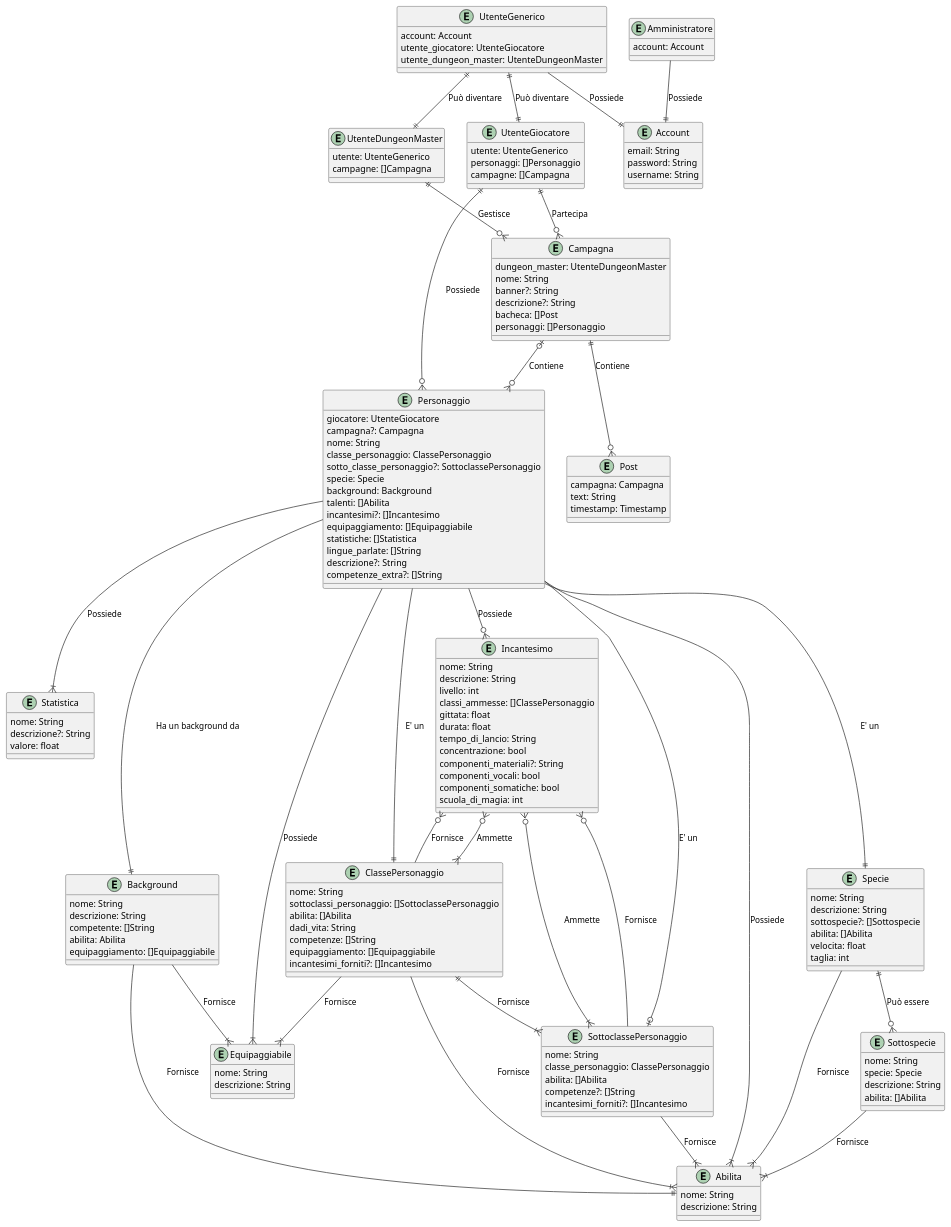
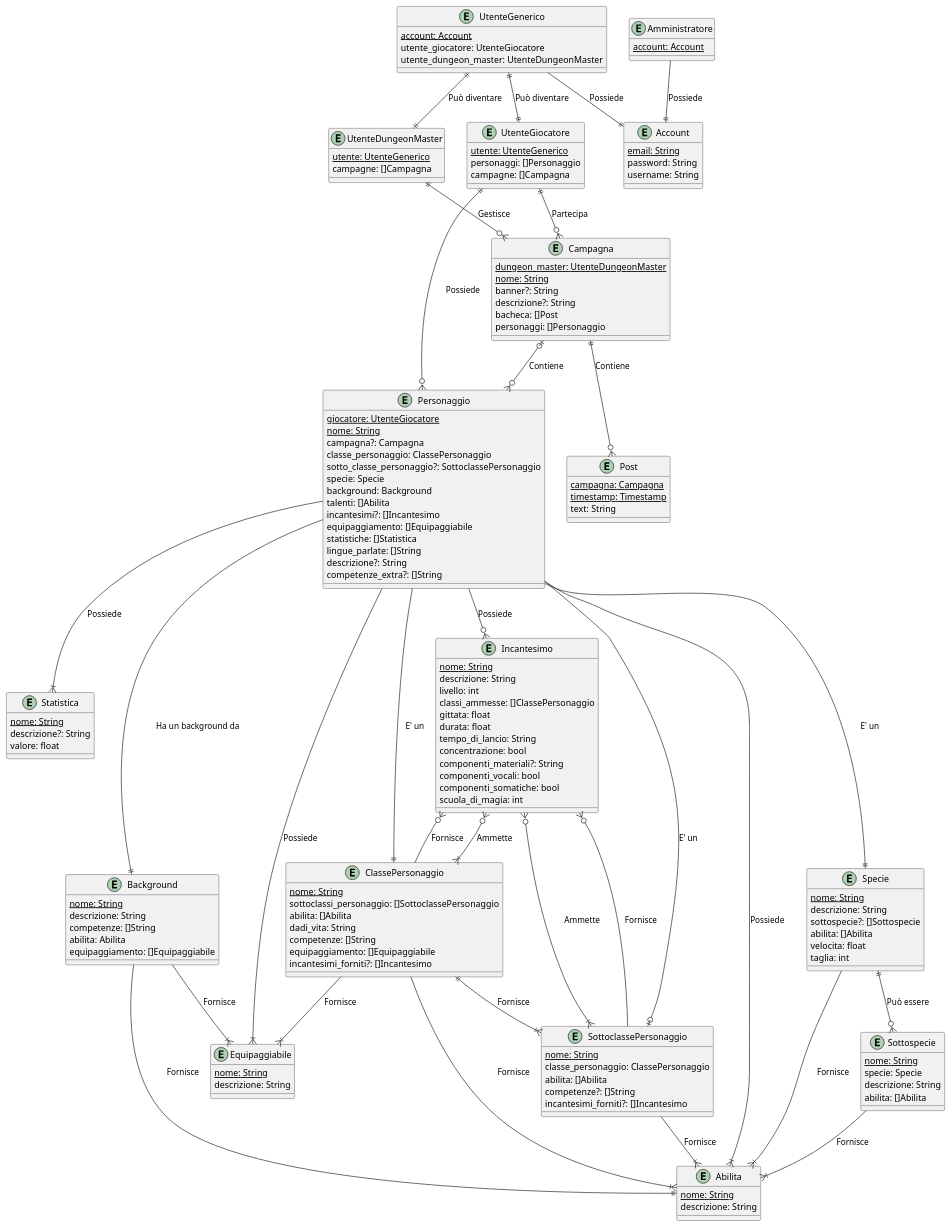
The diagram in entity-relationship-scheme.puml (frax2004/progetto-sweb), drawn with PlantUML before and after one commit. The commit also changed 1 other file, not shown here.

```diff
--- a/entity-relationship-scheme.puml
+++ b/entity-relationship-scheme.puml
@@ -1,192 +1,190 @@
 @startuml diagram
 
 
 entity Amministratore {
-  account: Account
+  {static} account: Account
 }
 
-
-
 entity UtenteGenerico {
-  account: Account
+  {static} account: Account
   utente_giocatore: UtenteGiocatore
   utente_dungeon_master: UtenteDungeonMaster
 }
 
 entity UtenteGiocatore {
-  utente: UtenteGenerico
+  {static} utente: UtenteGenerico
   ' riferito ad ID
   personaggi: []Personaggio 
   ' riferito ad ID
   campagne: []Campagna 
 }
 
 entity UtenteDungeonMaster {
-  utente: UtenteGenerico
+  {static} utente: UtenteGenerico
   ' riferito ad ID
   campagne: []Campagna 
 }
 
 
 entity Account {
-  email: String
+  {static} email: String
   password: String
   username: String
 }
 
 ' i personaggi si differenziano anche in base al giocatore proprietario
 entity Personaggio {
   ' riferimento
-  giocatore: UtenteGiocatore 
+  {static} giocatore: UtenteGiocatore 
+  {static} nome: String 
   campagna?: Campagna
-  nome: String 
   classe_personaggio: ClassePersonaggio
   sotto_classe_personaggio?: SottoclassePersonaggio
   specie: Specie
   background: Background
   talenti: []Abilita
   incantesimi?: []Incantesimo
   equipaggiamento: []Equipaggiabile
   statistiche: []Statistica
   lingue_parlate: []String
   descrizione?: String
   competenze_extra?: []String
 }
 
 entity Statistica {
-  nome: String
+  {static} nome: String
   descrizione?: String
   valore: float
 }
 
 entity Equipaggiabile {
-  nome: String
+  {static} nome: String
   descrizione: String
 }
 
 entity Background {
-  nome: String
+  {static} nome: String
   descrizione: String
-  competente: []String
+  competenze: []String
   abilita: Abilita
   equipaggiamento: []Equipaggiabile
 }
 
 entity Abilita {
-  nome: String
+  {static} nome: String
   descrizione: String
 }
 
 entity Incantesimo {
-  nome: String
+  {static} nome: String
   descrizione: String
   livello: int
   classi_ammesse: []ClassePersonaggio
   gittata: float
   durata: float
   tempo_di_lancio: String
   concentrazione: bool
   componenti_materiali?: String
   componenti_vocali: bool
   componenti_somatiche: bool
   scuola_di_magia: int
 }
 
 entity Specie {
-  nome: String
+  {static} nome: String
   descrizione: String
   sottospecie?: []Sottospecie
   abilita: []Abilita
   velocita: float
   taglia: int
 }
 
 entity Sottospecie {
-  nome: String
+  {static} nome: String
   specie: Specie
   descrizione: String
   abilita: []Abilita
 }
 
 entity ClassePersonaggio {
-  nome: String
+  {static} nome: String
   sottoclassi_personaggio: []SottoclassePersonaggio
   abilita: []Abilita
   dadi_vita: String
   competenze: []String
   equipaggiamento: []Equipaggiabile
   incantesimi_forniti?: []Incantesimo
 }
 
 entity SottoclassePersonaggio {
-  nome: String
+  {static} nome: String
   classe_personaggio: ClassePersonaggio
   abilita: []Abilita
   competenze?: []String
   incantesimi_forniti?: []Incantesimo
 }
 
 
 ' le campagne si differenziano anche in base al dungeon master proprietario
 entity Campagna {
   ' riferimento ad utente generico per considerare anche il profilo
-  dungeon_master: UtenteDungeonMaster
-  nome: String
+  {static} dungeon_master: UtenteDungeonMaster
+  {static} nome: String
   ' link all'immagine
   banner?: String 
   descrizione?: String
   bacheca: []Post
   personaggi: []Personaggio
 }
 
 entity Post {
-  campagna: Campagna
+  {static} campagna: Campagna
+  {static} timestamp: Timestamp
   text: String
-  timestamp: Timestamp
 }
 
 Amministratore --|| Account : Possiede
 
 UtenteGenerico --|| Account : Possiede
 UtenteGenerico ||--|| UtenteGiocatore : Può diventare
 UtenteGenerico ||--|| UtenteDungeonMaster : Può diventare
 
 UtenteGiocatore ||--o{ Personaggio : Possiede
 UtenteGiocatore ||--o{ Campagna : Partecipa
 
 UtenteDungeonMaster ||--o{ Campagna : Gestisce
 
 Campagna ||--o{ Post : Contiene
 Campagna |o--o{ Personaggio : Contiene
 
 Personaggio --|| ClassePersonaggio : E' un
 Personaggio --o| SottoclassePersonaggio : E' un
 Personaggio --|| Specie : E' un
 Personaggio --|| Background : Ha un background da
 Personaggio --|{ Abilita : Possiede
 Personaggio --o{ Incantesimo : Possiede
 Personaggio --|{ Equipaggiabile : Possiede
 Personaggio --|{ Statistica : Possiede
 
 Background --|| Abilita : Fornisce
 Background --|{ Equipaggiabile : Fornisce
 
 
 Incantesimo }o--|{ ClassePersonaggio : Ammette
 Incantesimo }o--|{ SottoclassePersonaggio : Ammette
 
 
 ClassePersonaggio ||--|{ SottoclassePersonaggio : Fornisce
 ClassePersonaggio --|{ Abilita : Fornisce
 ClassePersonaggio --|{ Equipaggiabile : Fornisce
 ClassePersonaggio --o{ Incantesimo : Fornisce
 
 SottoclassePersonaggio --|{ Abilita : Fornisce
 SottoclassePersonaggio --o{ Incantesimo : Fornisce
 
 Specie ||--o{ Sottospecie : Può essere
 Specie --|{ Abilita : Fornisce
 
 Sottospecie --|{ Abilita : Fornisce
 
 @enduml
```
